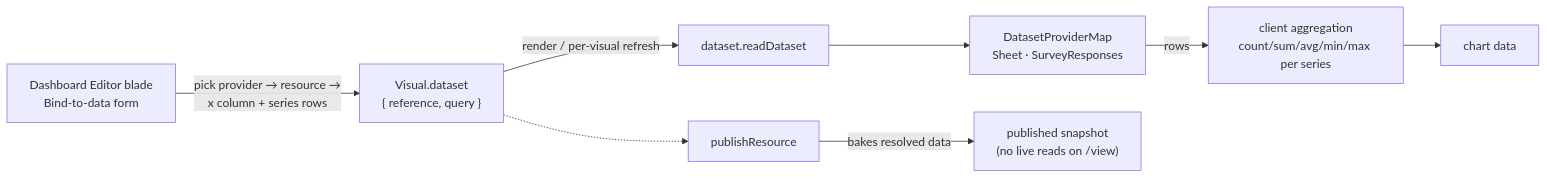
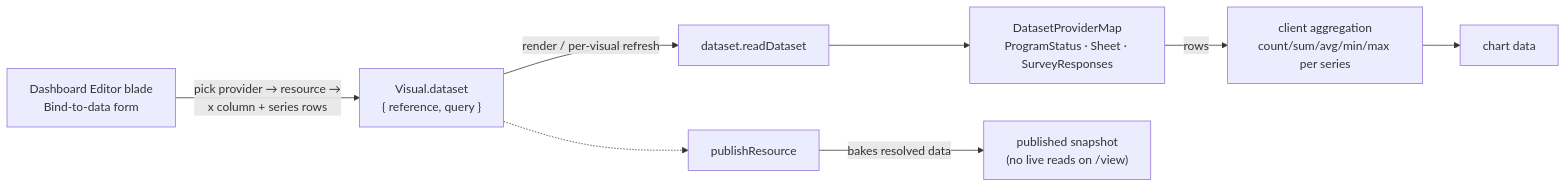
Before and after one commit to Esposter/Esposter: the diagram in packages/app/content/docs/platform/dashboard-data-binding.md, drawn with Mermaid. The commit also changed other lines of this file and 17 other files, not shown here.

````diff
--- a/packages/app/content/docs/platform/dashboard-data-binding.md
+++ b/packages/app/content/docs/platform/dashboard-data-binding.md
@@ -12,10 +12,10 @@
 ```mermaid
 flowchart LR
   ED["Dashboard Editor blade<br/>Bind-to-data form"] -->|"pick provider → resource →<br/>x column + series rows"| VIS["Visual.dataset<br/>{ reference, query }"]
   VIS -->|render / per-visual refresh| READ["dataset.readDataset"]
-  READ --> PROV["DatasetProviderMap<br/>Sheet · SurveyResponses"]
+  READ --> PROV["DatasetProviderMap<br/>ProgramStatus · Sheet · SurveyResponses"]
   PROV -->|rows| AGG["client aggregation<br/>count/sum/avg/min/max per series"]
   AGG --> CHART["chart data"]
   PUB["publishResource"] -->|bakes resolved data| SNAP["published snapshot<br/>(no live reads on /view)"]
   VIS -.-> PUB
 ```
````
